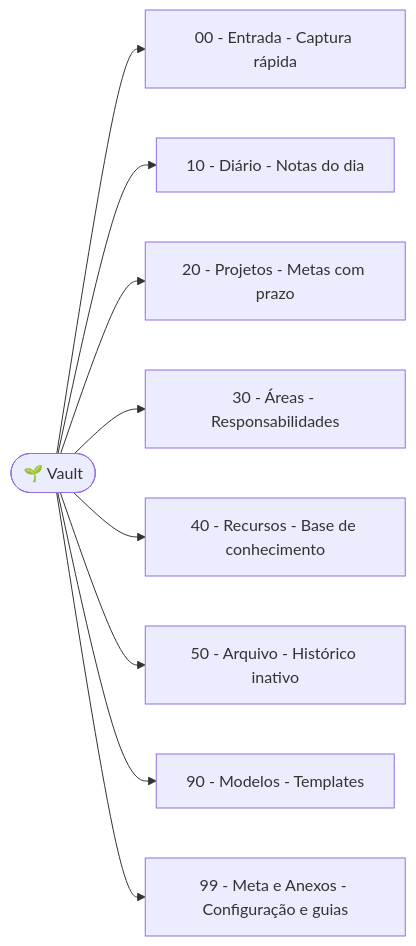
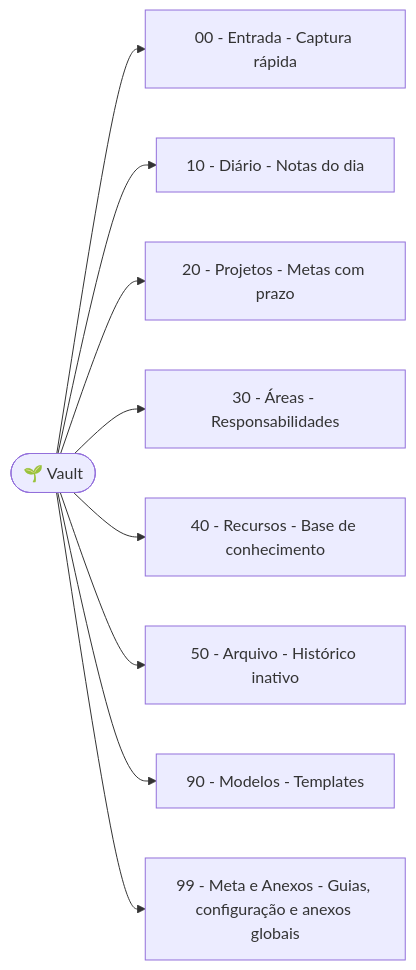
Before and after one commit to aretw0/vault-seed: the diagram in 99 - Meta e Anexos/99.1 - Onboarding/Entendendo a Estrutura de Pastas.md, drawn with Mermaid. The commit also changed other lines of this file and 2 other files, not shown here.

First line of the commit message:
docs: clarify global attachment folder role and fix Attachments → Anexos name

````diff
--- a/99 - Meta e Anexos/99.1 - Onboarding/Entendendo a Estrutura de Pastas.md
+++ b/99 - Meta e Anexos/99.1 - Onboarding/Entendendo a Estrutura de Pastas.md
@@ -32,12 +32,12 @@
 ```mermaid
 graph LR
     Vault(["🌱 Vault"])
     Vault --> E["00 - Entrada - Captura rápida"]
     Vault --> D["10 - Diário - Notas do dia"]
     Vault --> P["20 - Projetos - Metas com prazo"]
     Vault --> A["30 - Áreas - Responsabilidades"]
     Vault --> R["40 - Recursos - Base de conhecimento"]
     Vault --> Arq["50 - Arquivo - Histórico inativo"]
     Vault --> M["90 - Modelos - Templates"]
-    Vault --> Meta["99 - Meta e Anexos - Configuração e guias"]
+    Vault --> Meta["99 - Meta e Anexos - Guias, configuração e anexos globais"]
 ```
````
